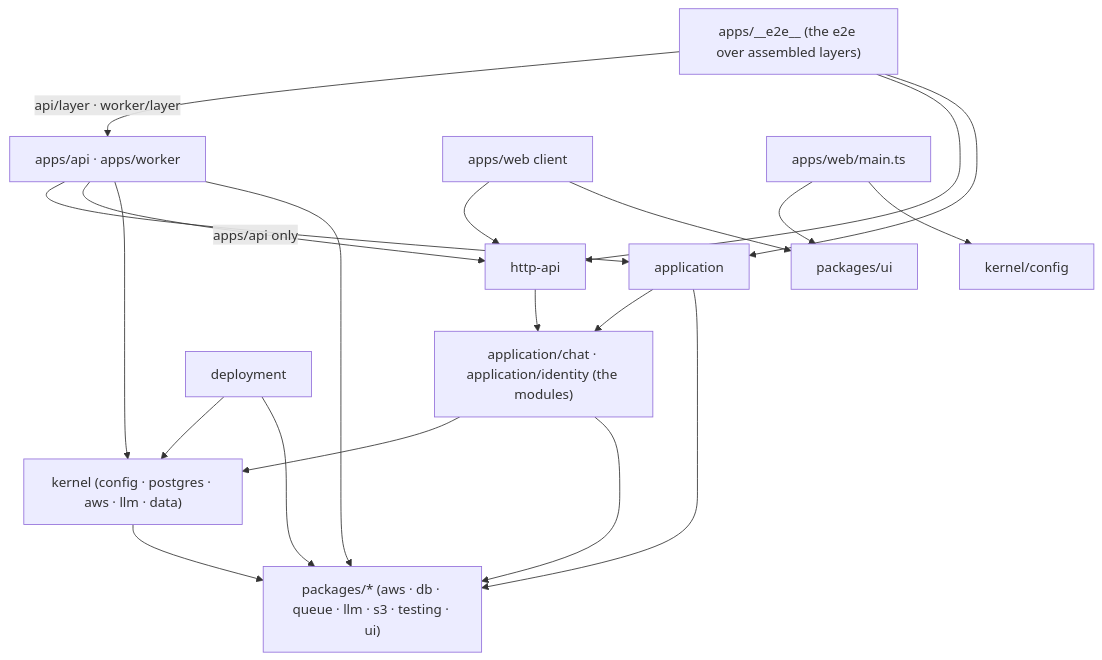
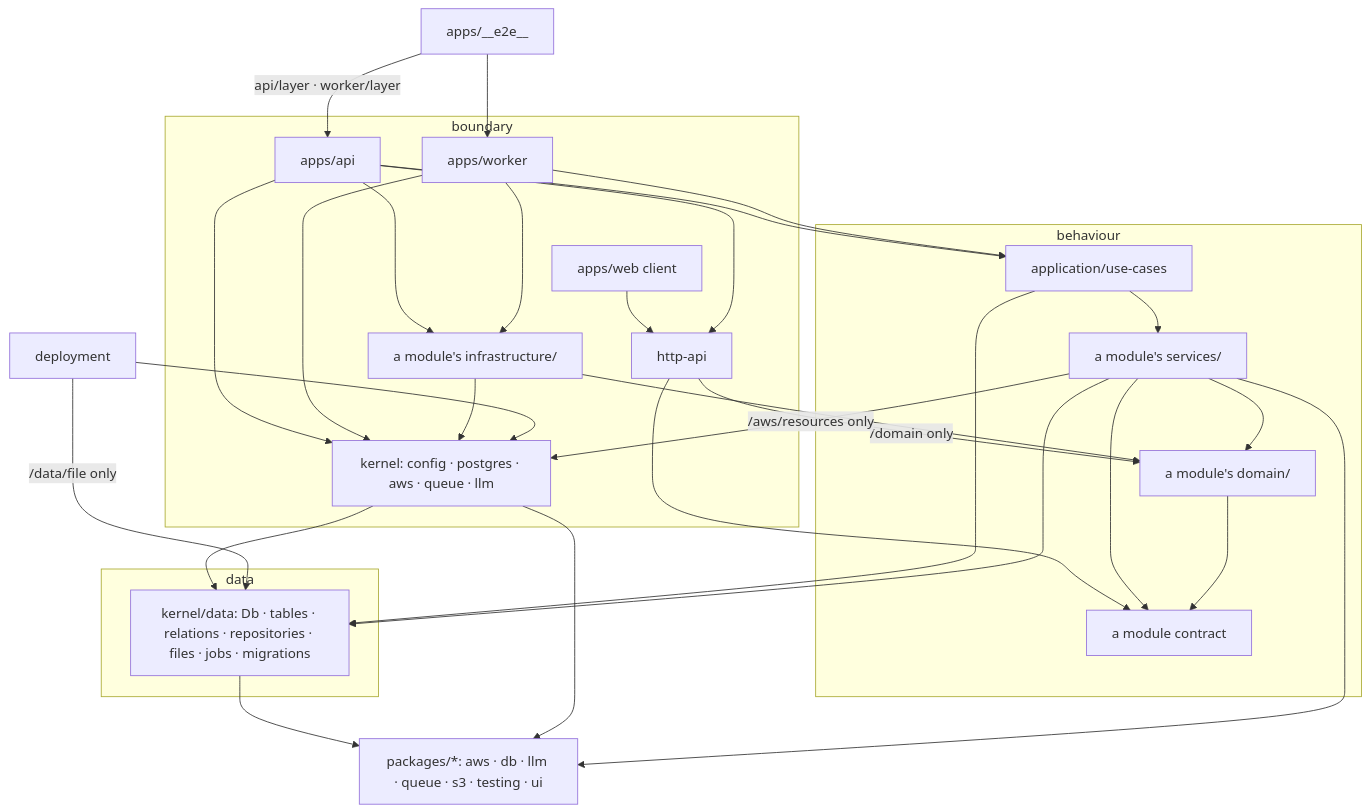
Before and after one commit to khotei/app-template: the diagram in docs/knowledge/architecture.md, drawn with Mermaid. The commit also changed other lines of this file and 6 other files, not shown here.

````diff
--- a/docs/knowledge/architecture.md
+++ b/docs/knowledge/architecture.md
@@ -12,22 +36,47 @@
 ```mermaid
 graph TD
-  apps["apps/api · apps/worker"] --> application
-  application --> modules
-  apps -->|"apps/api only"| httpApi["http-api"]
-  httpApi --> modules["application/chat · application/identity (the modules)"]
-  apps --> kernel["kernel (config · postgres · aws · llm · data)"]
-  modules --> kernel
-  kernel --> packages
-  apps --> packages["packages/* (aws · db · queue · llm · s3 · testing · ui)"]
-  application --> packages
-  modules --> packages
-  web["apps/web client"] --> httpApi
-  web --> ui["packages/ui"]
-  webMain["apps/web/main.ts"] --> ui
-  webMain --> config["kernel/config"]
-  deployment --> kernel
-  deployment --> packages
-  e2e["apps/__e2e__ (the e2e over assembled layers)"] -->|"api/layer · worker/layer"| apps
-  e2e --> httpApi
-  e2e --> application
+  subgraph boundary["boundary"]
+    web["apps/web client"]
+    api["apps/api"]
+    worker["apps/worker"]
+    httpApi["http-api"]
+    kernelOut["kernel: config · postgres · aws · queue · llm"]
+    infra["a module's infrastructure/"]
+  end
+  subgraph behaviour["behaviour"]
+    useCases["application/use-cases"]
+    services["a module's services/"]
+    domain["a module's domain/"]
+    contract["a module contract"]
+  end
+  subgraph data["data"]
+    db["kernel/data: Db · tables · relations · repositories · files · jobs · migrations"]
+  end
+  web --> httpApi
+  api --> httpApi
+  api --> useCases
+  api --> infra
+  api --> kernelOut
+  worker --> useCases
+  worker --> infra
+  worker --> kernelOut
+  httpApi -->|"/domain only"| domain
+  httpApi --> contract
+  useCases --> services
+  useCases --> db
+  infra --> domain
+  infra --> kernelOut
+  services --> domain
+  services --> db
+  services --> contract
+  services -->|"/aws/resources only"| kernelOut
+  domain --> contract
+  kernelOut --> db
+  db --> packages["packages/*: aws · db · llm · queue · s3 · testing · ui"]
+  kernelOut --> packages
+  services --> packages
+  deployment --> kernelOut
+  deployment -->|"/data/file only"| db
+  e2e["apps/__e2e__"] -->|"api/layer · worker/layer"| api
+  e2e --> worker
 ```
````
